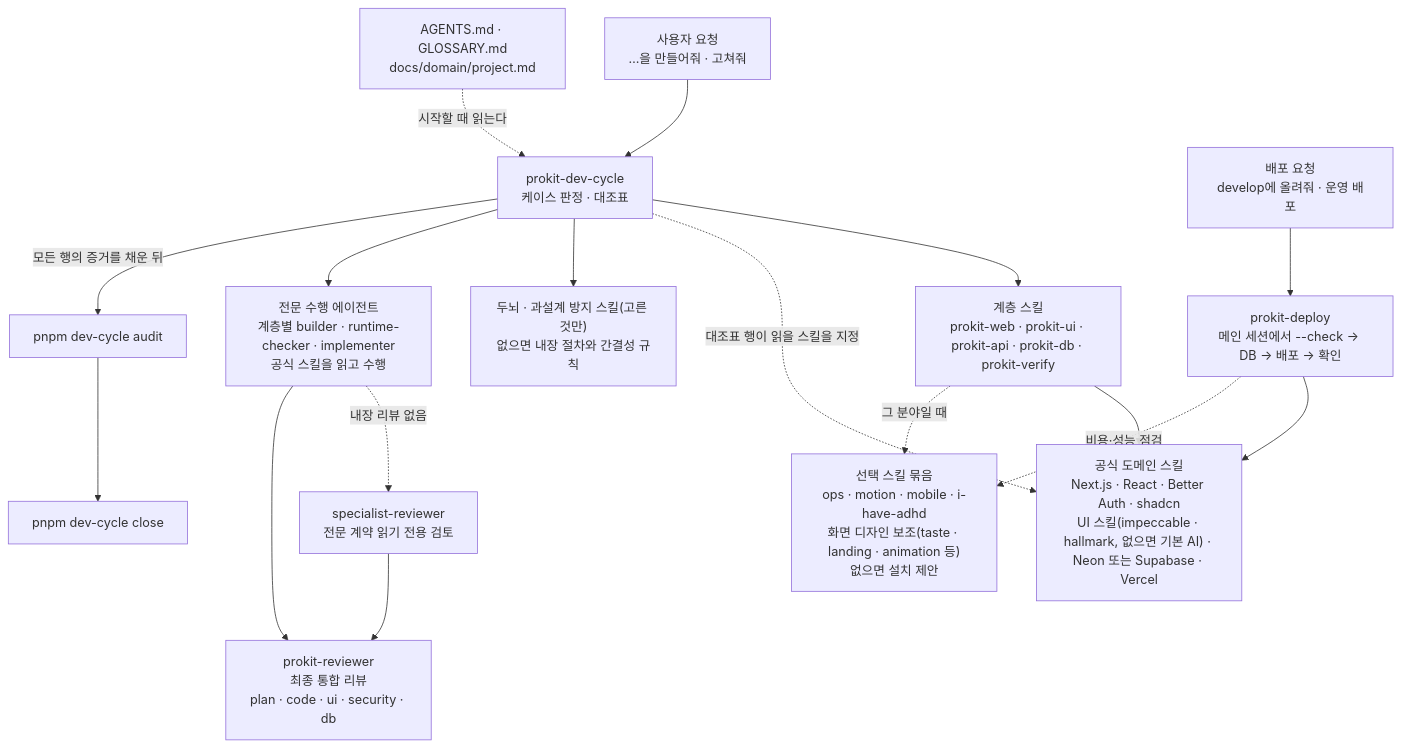
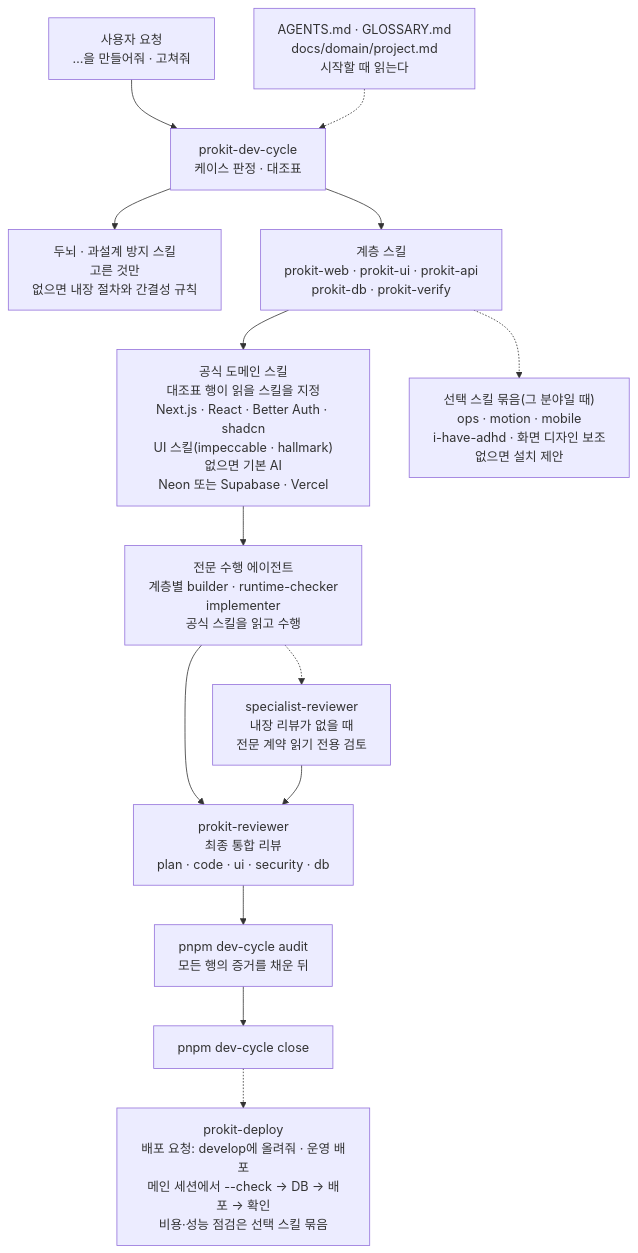
Before and after one commit to roadkwon-ai/pro-kit: the diagram in handbook/concepts/harness.md, drawn with Mermaid. The commit also changed 21 other files, not shown here.

````diff
--- a/handbook/concepts/harness.md
+++ b/handbook/concepts/harness.md
@@ -48,19 +48,21 @@
 ```mermaid
-flowchart TD
+---
+config:
+  flowchart:
+    wrappingWidth: 260
+---
+flowchart TB
   REQ["사용자 요청<br/>…을 만들어줘 · 고쳐줘"] --> DC["prokit-dev-cycle<br/>케이스 판정 · 대조표"]
-  RULES["AGENTS.md · GLOSSARY.md<br/>docs/domain/project.md"] -.->|시작할 때 읽는다| DC
-  DC --> LAYER["계층 스킬<br/>prokit-web · prokit-ui · prokit-api · prokit-db · prokit-verify"]
-  LAYER --> OFF["공식 도메인 스킬<br/>Next.js · React · Better Auth · shadcn<br/>UI 스킬(impeccable · hallmark, 없으면 기본 AI) · Neon 또는 Supabase · Vercel"]
-  DC -.->|대조표 행이 읽을 스킬을 지정| OFF
-  DREQ["배포 요청<br/>develop에 올려줘 · 운영 배포"] --> DEP["prokit-deploy<br/>메인 세션에서 --check → DB → 배포 → 확인"]
-  DEP --> OFF
-  LAYER -.->|그 분야일 때| OPT["선택 스킬 묶음<br/>ops · motion · mobile · i-have-adhd<br/>화면 디자인 보조(taste · landing · animation 등)<br/>없으면 설치 제안"]
-  DEP -.->|비용·성능 점검| OPT
-  DC --> PROC["두뇌 · 과설계 방지 스킬(고른 것만)<br/>없으면 내장 절차와 간결성 규칙"]
-  DC --> IMP["전문 수행 에이전트<br/>계층별 builder · runtime-checker · implementer<br/>공식 스킬을 읽고 수행"]
-  IMP -.->|내장 리뷰 없음| SREV["specialist-reviewer<br/>전문 계약 읽기 전용 검토"]
+  RULES["AGENTS.md · GLOSSARY.md<br/>docs/domain/project.md<br/>시작할 때 읽는다"] -.-> DC
+  DC --> PROC["두뇌 · 과설계 방지 스킬<br/>고른 것만<br/>없으면 내장 절차와 간결성 규칙"]
+  DC --> LAYER["계층 스킬<br/>prokit-web · prokit-ui · prokit-api<br/>prokit-db · prokit-verify"]
+  LAYER --> OFF["공식 도메인 스킬<br/>대조표 행이 읽을 스킬을 지정<br/>Next.js · React · Better Auth · shadcn<br/>UI 스킬(impeccable · hallmark)<br/>없으면 기본 AI<br/>Neon 또는 Supabase · Vercel"]
+  LAYER -.-> OPT["선택 스킬 묶음(그 분야일 때)<br/>ops · motion · mobile<br/>i-have-adhd · 화면 디자인 보조<br/>없으면 설치 제안"]
+  OFF --> IMP["전문 수행 에이전트<br/>계층별 builder · runtime-checker<br/>implementer<br/>공식 스킬을 읽고 수행"]
+  IMP -.-> SREV["specialist-reviewer<br/>내장 리뷰가 없을 때<br/>전문 계약 읽기 전용 검토"]
   IMP --> REV["prokit-reviewer<br/>최종 통합 리뷰<br/>plan · code · ui · security · db"]
   SREV --> REV
-  DC -->|모든 행의 증거를 채운 뒤| AUD["pnpm dev-cycle audit"]
+  REV --> AUD["pnpm dev-cycle audit<br/>모든 행의 증거를 채운 뒤"]
   AUD --> CLOSE["pnpm dev-cycle close"]
+  CLOSE -.-> DEP["prokit-deploy<br/>배포 요청: develop에 올려줘 · 운영 배포<br/>메인 세션에서 --check → DB → 배포 → 확인<br/>비용·성능 점검은 선택 스킬 묶음"]
 ```
````
